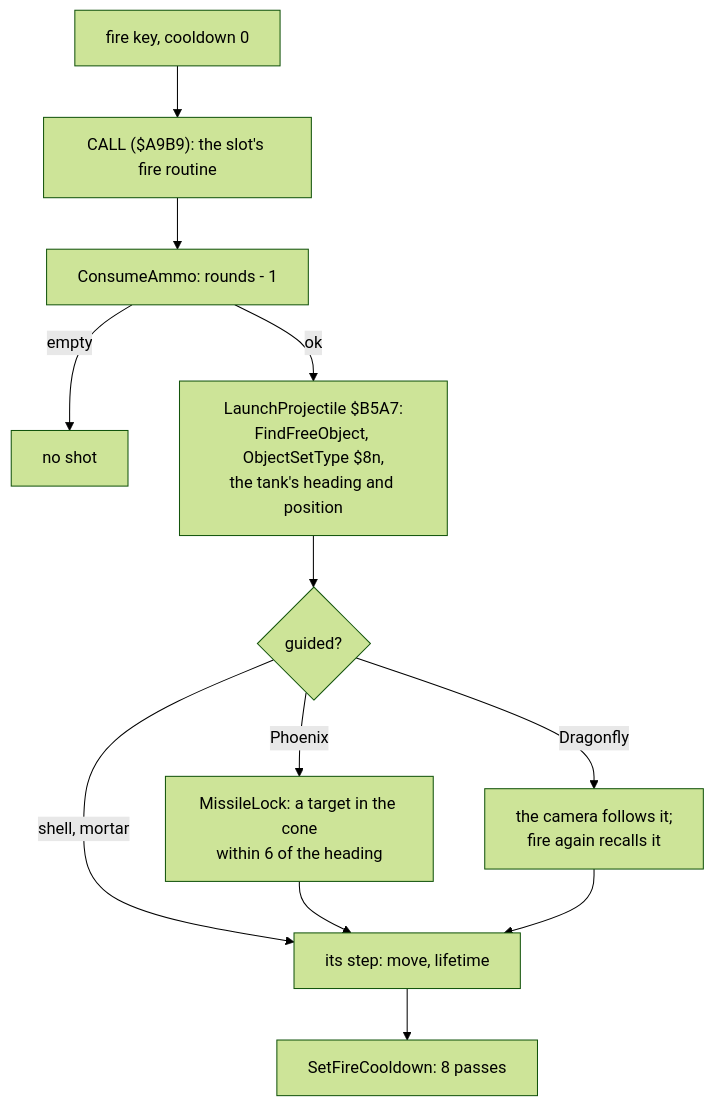
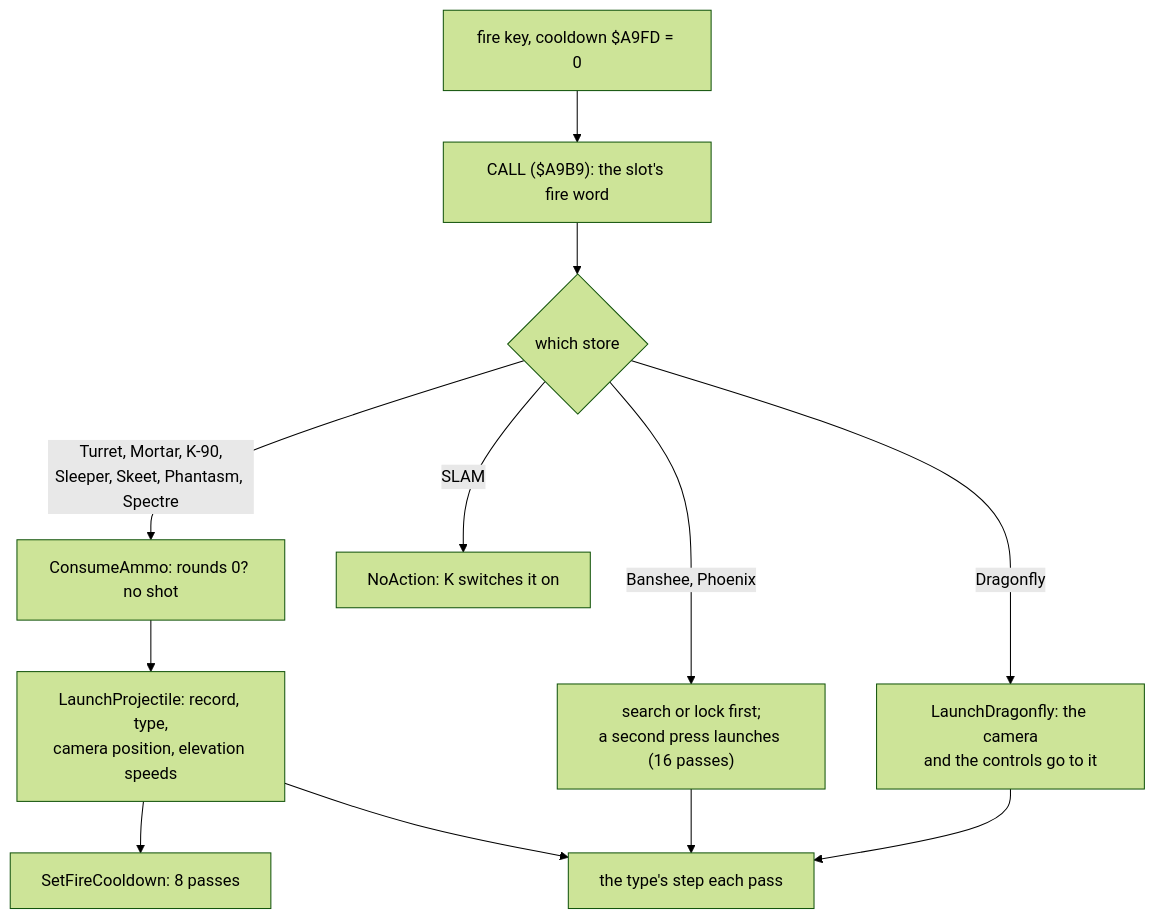
Before and after one commit to alfishe/unrealng-reverse-cases: the seventh of 19 diagrams in games/battle-command/docs/10-gameplay-logic.md, drawn with Mermaid (forest theme). The commit also changed other lines of this file and 75 other files, not shown here.

````diff
--- a/games/battle-command/docs/10-gameplay-logic.md
+++ b/games/battle-command/docs/10-gameplay-logic.md
@@ -591,14 +712,14 @@
 ```mermaid
 flowchart TD
-  K["fire key, cooldown 0"] --> F["CALL ($A9B9): the slot's fire routine"]
-  F --> A["ConsumeAmmo: rounds - 1"]
-  A -- empty --> R["no shot"]
-  A -- ok --> L["LaunchProjectile $B5A7:<br/>FindFreeObject, ObjectSetType $8n,<br/>the tank's heading and position"]
-  L --> G{"guided?"}
-  G -- "Phoenix" --> M["MissileLock: a target in the cone<br/>within 6 of the heading"]
-  G -- "Dragonfly" --> D["the camera follows it;<br/>fire again recalls it"]
-  G -- "shell, mortar" --> S["its step: move, lifetime"]
+  K["fire key, cooldown $A9FD = 0"] --> F["CALL ($A9B9): the slot's fire word"]
+  F --> T{"which store"}
+  T -- "Turret, Mortar, K-90,<br/>Sleeper, Skeet, Phantasm, Spectre" --> A["ConsumeAmmo: rounds 0? no shot"]
+  A --> L["LaunchProjectile: record, type,<br/>camera position, elevation speeds"]
+  L --> C["SetFireCooldown: 8 passes"]
+  T -- "Banshee, Phoenix" --> M["search or lock first;<br/>a second press launches (16 passes)"]
+  T -- "Dragonfly" --> D["LaunchDragonfly: the camera<br/>and the controls go to it"]
+  T -- "SLAM" --> N["NoAction: K switches it on"]
+  L --> S["the type's step each pass"]
   M --> S
   D --> S
-  S --> C["SetFireCooldown: 8 passes"]
 ```
````
